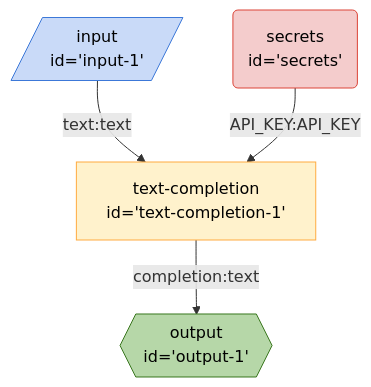
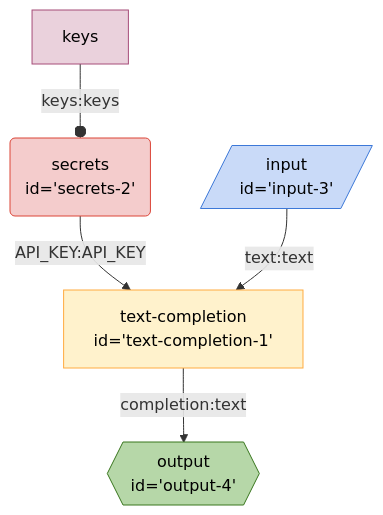
The diagram in seeds/graph-playground/docs/graphs/simplest.md (breadboard-ai/breadboard), drawn with Mermaid before and after one commit. The commit also changed other lines of this file and 4 other files, not shown here.

Commit message:
[graph-playground] Start generating graphs and markdown.

````diff
--- a/seeds/graph-playground/docs/graphs/simplest.md
+++ b/seeds/graph-playground/docs/graphs/simplest.md
@@ -4,21 +6,22 @@
-```mermaid
-%%{init: 'themeVariables': { 'fontFamily': 'Fira Code, monospace' }}%%
+  ```mermaid
+  %%{init: 'themeVariables': { 'fontFamily': 'Fira Code, monospace' }}%%
 graph TD;
-input1[/"input
-id='input-1'"/]:::input -- text:text --> textcompletion1["text-completion
-id='text-completion-1'"]
-secrets("secrets
-id='secrets'"):::secrets -- API_KEY:API_KEY --> textcompletion1["text-completion
+secrets2("secrets
+id='secrets-2'"):::secrets -- API_KEY:API_KEY --> textcompletion1["text-completion
 id='text-completion-1'"]
 textcompletion1["text-completion
-id='text-completion-1'"] -- completion:text --> output1{{"output
-id='output-1'"}}:::output
+id='text-completion-1'"] -- completion:text --> output4{{"output
+id='output-4'"}}:::output
+input3[/"input
+id='input-3'"/]:::input -- text:text --> textcompletion1["text-completion
+id='text-completion-1'"]
+keyssecrets2[keys]:::config -- keys:keys --o secrets2
 classDef default stroke:#ffab40,fill:#fff2ccff,color:#000
 classDef input stroke:#3c78d8,fill:#c9daf8ff,color:#000
 classDef output stroke:#38761d,fill:#b6d7a8ff,color:#000
 classDef passthrough stroke:#a64d79,fill:#ead1dcff,color:#000
 classDef slot stroke:#a64d79,fill:#ead1dcff,color:#000
 classDef config stroke:#a64d79,fill:#ead1dcff,color:#000
 classDef secrets stroke:#db4437,fill:#f4cccc,color:#000
 classDef slotted stroke:#a64d79
-```
+  ```
````
